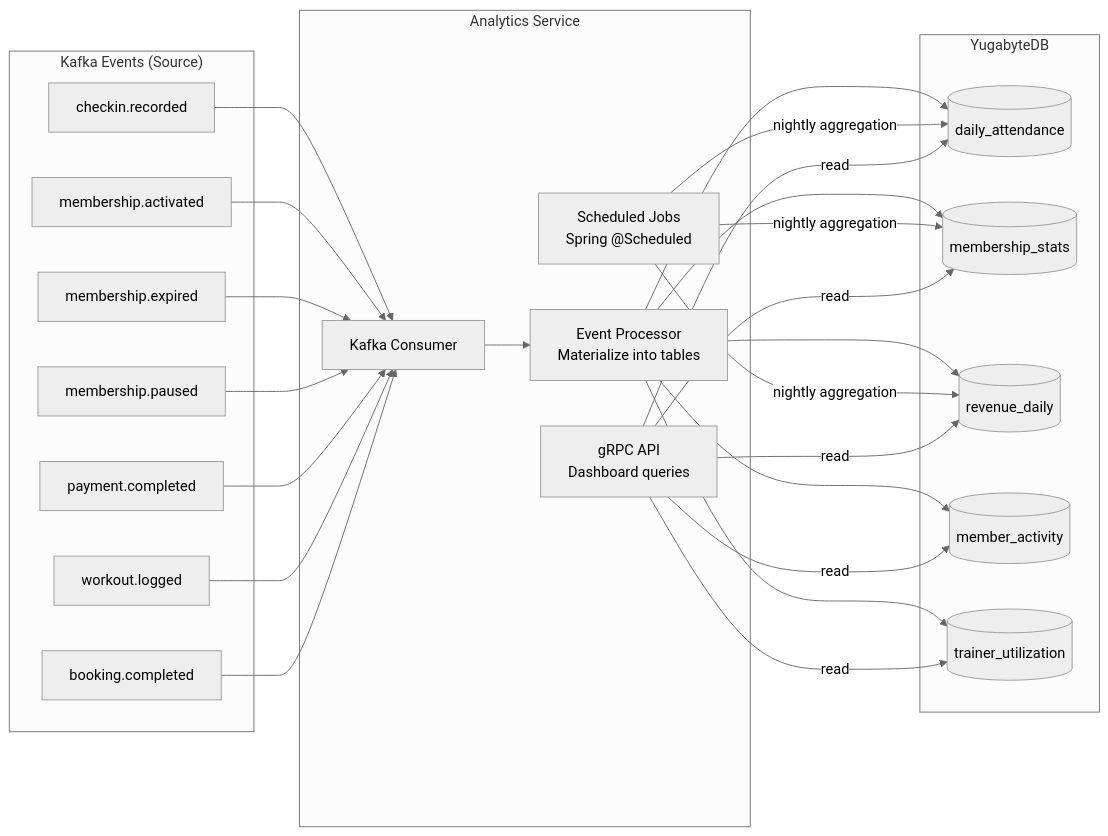
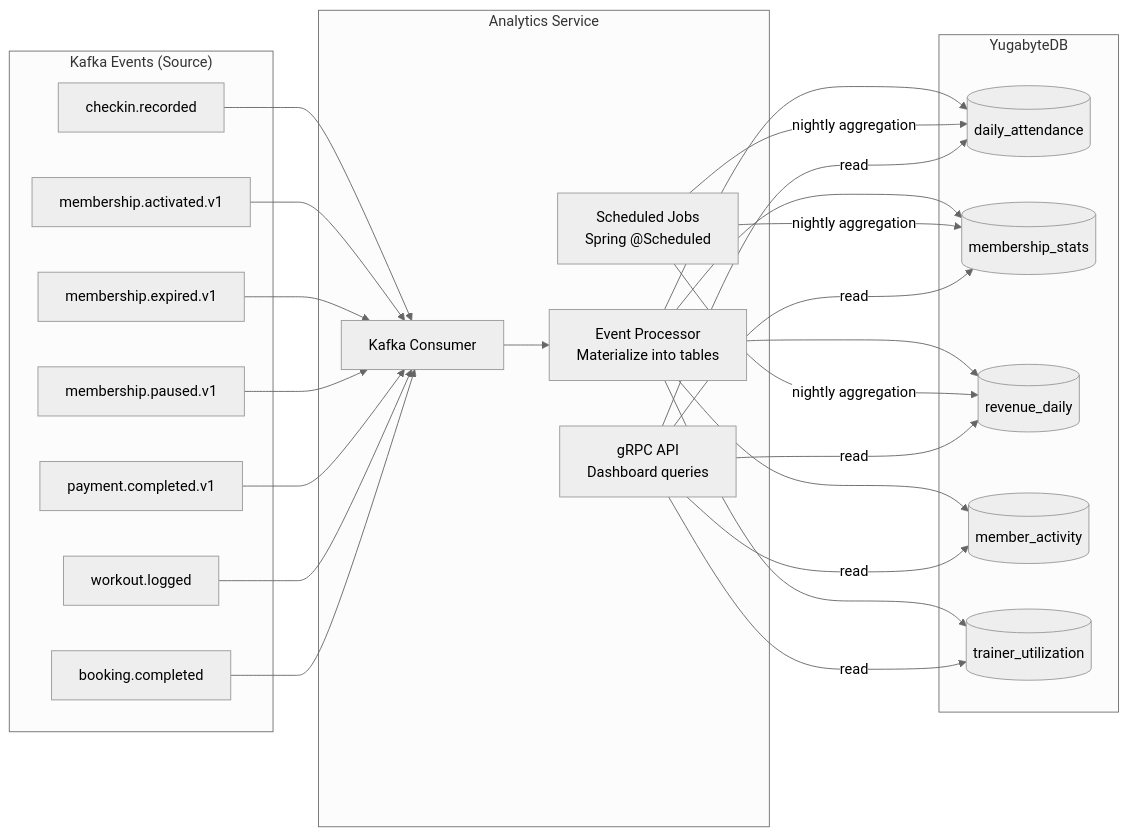
Before and after one commit to pploc/gym-architect: the diagram in services/08-ms-gym-analytics.md, drawn with Mermaid (neutral theme). The commit also changed other lines of this file and 15 other files, not shown here.

````diff
--- a/services/08-ms-gym-analytics.md
+++ b/services/08-ms-gym-analytics.md
@@ -19,33 +19,33 @@
 ```mermaid
 flowchart LR
     subgraph "Kafka Events (Source)"
         C[checkin.recorded]
-        MA[membership.activated]
-        ME[membership.expired]
-        MP[membership.paused]
-        PC[payment.completed]
+        MA[membership.activated.v1]
+        ME[membership.expired.v1]
+        MP[membership.paused.v1]
+        PC[payment.completed.v1]
         WL[workout.logged]
         BC[booking.completed]
     end
 
     subgraph "Analytics Service"
         KC[Kafka Consumer]
         PROC[Event Processor<br/>Materialize into tables]
         SCHED[Scheduled Jobs<br/>Spring @Scheduled]
         API[gRPC API<br/>Dashboard queries]
     end
 
     subgraph "YugabyteDB"
         DA[(daily_attendance)]
         MS2[(membership_stats)]
         RV[(revenue_daily)]
         MAT[(member_activity)]
         TU[(trainer_utilization)]
     end
 
     C & MA & ME & MP & PC & WL & BC --> KC
     KC --> PROC
     PROC --> DA & MS2 & RV & MAT & TU
     SCHED -->|nightly aggregation| DA & MS2 & RV
     API -->|read| DA & MS2 & RV & MAT & TU
 ```
````
